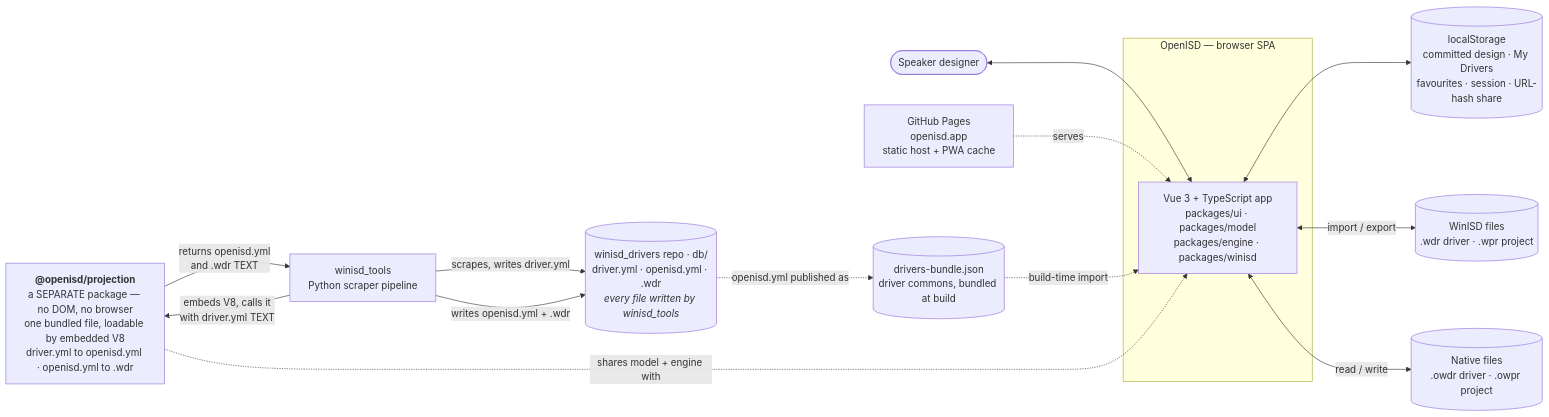
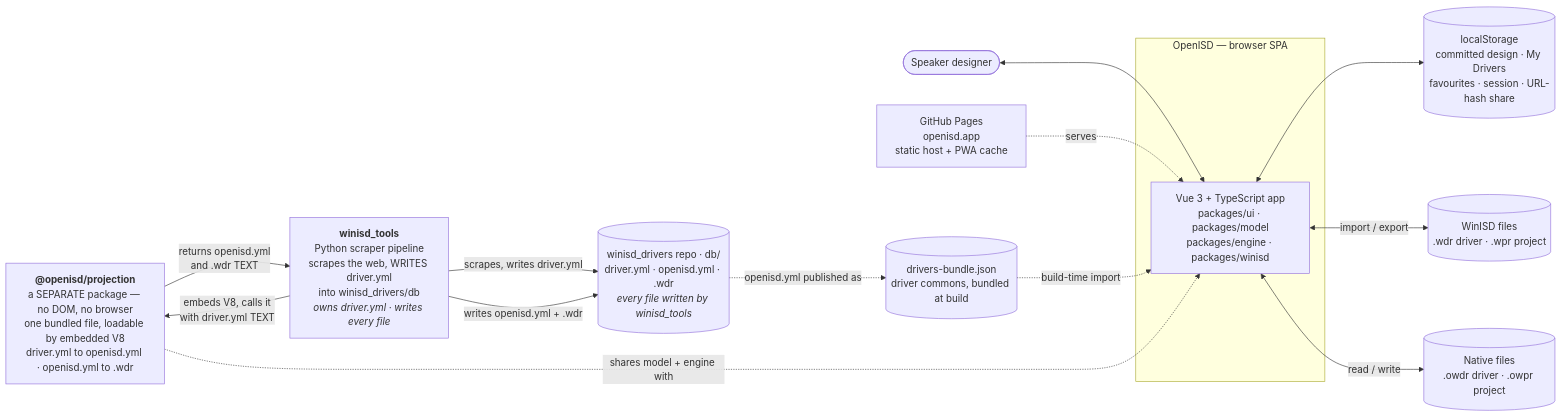
The first of 5 diagrams in ARCHITECTURE.md (Johnlon/openisd), drawn with Mermaid before and after one commit.

Commit message:
Fix the broken §1 mermaid, verified by parsing; name driver.yml on the TOOLS node
VERIFIED THIS TIME, not asserted. Installed mermaid@10 + jsdom and parsed every
block: 5 diagrams, 0 failing. Then reproduced the original failure by reverting
the one edge, which prints

    Lexical error on line 29. Unrecognized text.
    ...   DRIVERS -.openisd.yml published as.->
    -----------------------^

with the caret on the dot in openisd.yml - confirming the diagnosis rather than
leaving it a guess. A dotted link is delimited by `-.` and `.->`, so a dot in
the label breaks the lexer. Every dotted label in the file now uses the quoted
form `-. "text" .->`, which is dot-safe.

The TOOLS node said only "Python scraper pipeline". The edge stated that it
writes driver.yml but the node did not, so reading the node alone gave no hint
that winisd_tools produces anything. It now says it scrapes the web, WRITES
driver.yml into winisd_drivers/db, owns that format, and writes every file in
the repo.

````diff
--- a/ARCHITECTURE.md
+++ b/ARCHITECTURE.md
@@ -42,31 +42,31 @@
 ```mermaid
 graph LR
     USER(["Speaker designer"])
 
     subgraph app["OpenISD — browser SPA"]
         APP["Vue 3 + TypeScript app<br/>packages/ui · packages/model<br/>packages/engine · packages/winisd"]
     end
 
     PROJ_PKG["<b>@openisd/projection</b><br/>a SEPARATE package — no DOM, no browser<br/>one bundled file, loadable by embedded V8<br/>driver.yml to openisd.yml · openisd.yml to .wdr"]
 
     PAGES["GitHub Pages<br/>openisd.app<br/>static host + PWA cache"]
     LS[("localStorage<br/>committed design · My Drivers<br/>favourites · session · URL-hash share")]
     BUNDLE[("drivers-bundle.json<br/>driver commons, bundled at build")]
     WDR[("WinISD files<br/>.wdr driver · .wpr project")]
     OWDR[("Native files<br/>.owdr driver · .owpr project")]
     DRIVERS[("winisd_drivers repo · db/<br/>driver.yml · openisd.yml · .wdr<br/><i>every file written by winisd_tools</i>")]
-    TOOLS["winisd_tools<br/>Python scraper pipeline"]
+    TOOLS["<b>winisd_tools</b><br/>Python scraper pipeline<br/>scrapes the web, WRITES driver.yml<br/>into winisd_drivers/db<br/><i>owns driver.yml · writes every file</i>"]
 
     USER <--> APP
     PAGES -. "serves" .-> APP
     APP <--> LS
     BUNDLE -. "build-time import" .-> APP
     APP <-->|import / export| WDR
     APP <-->|read / write| OWDR
     TOOLS -->|"scrapes, writes driver.yml"| DRIVERS
     TOOLS -->|"embeds V8, calls it<br/>with driver.yml TEXT"| PROJ_PKG
     PROJ_PKG -->|"returns openisd.yml<br/>and .wdr TEXT"| TOOLS
     PROJ_PKG -. "shares model + engine with" .-> APP
     TOOLS -->|"writes openisd.yml + .wdr"| DRIVERS
     DRIVERS -. "openisd.yml published as" .-> BUNDLE
 ```
````
